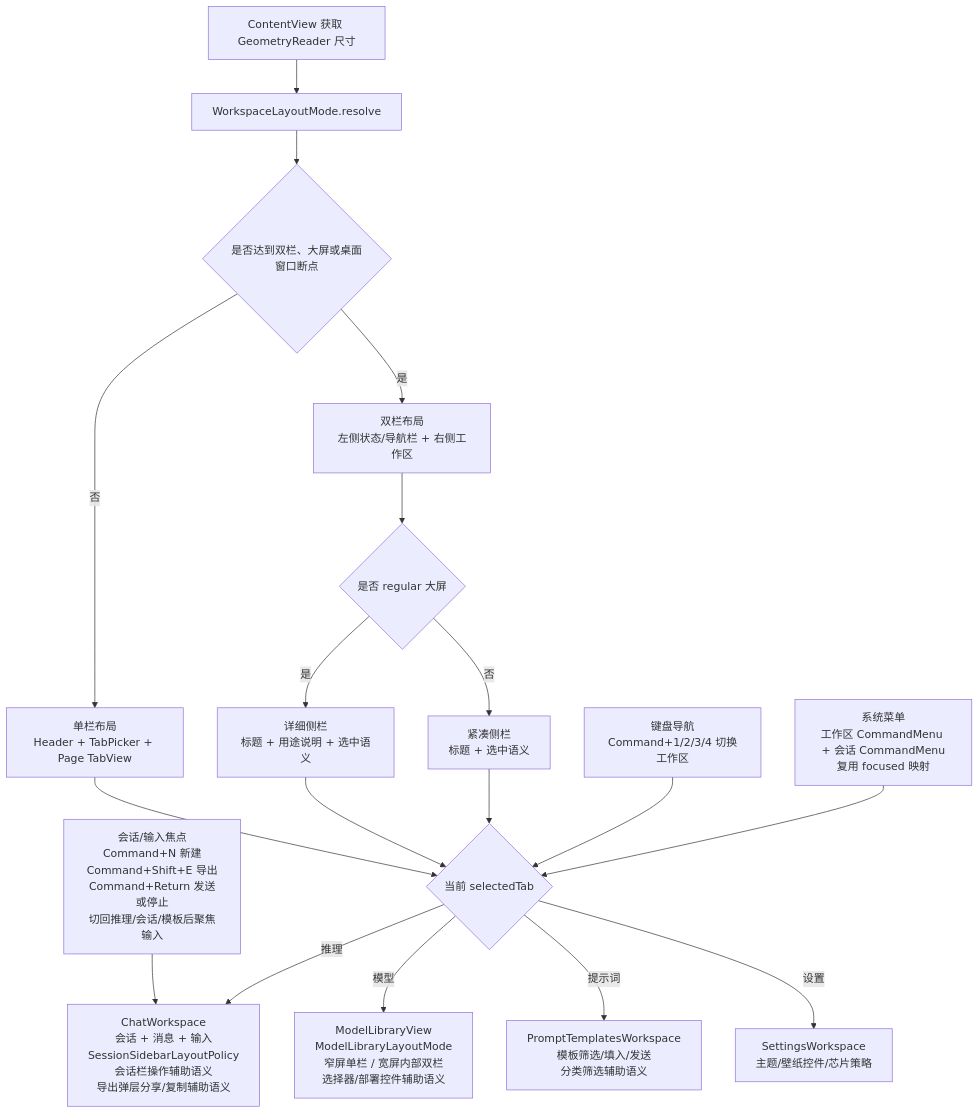
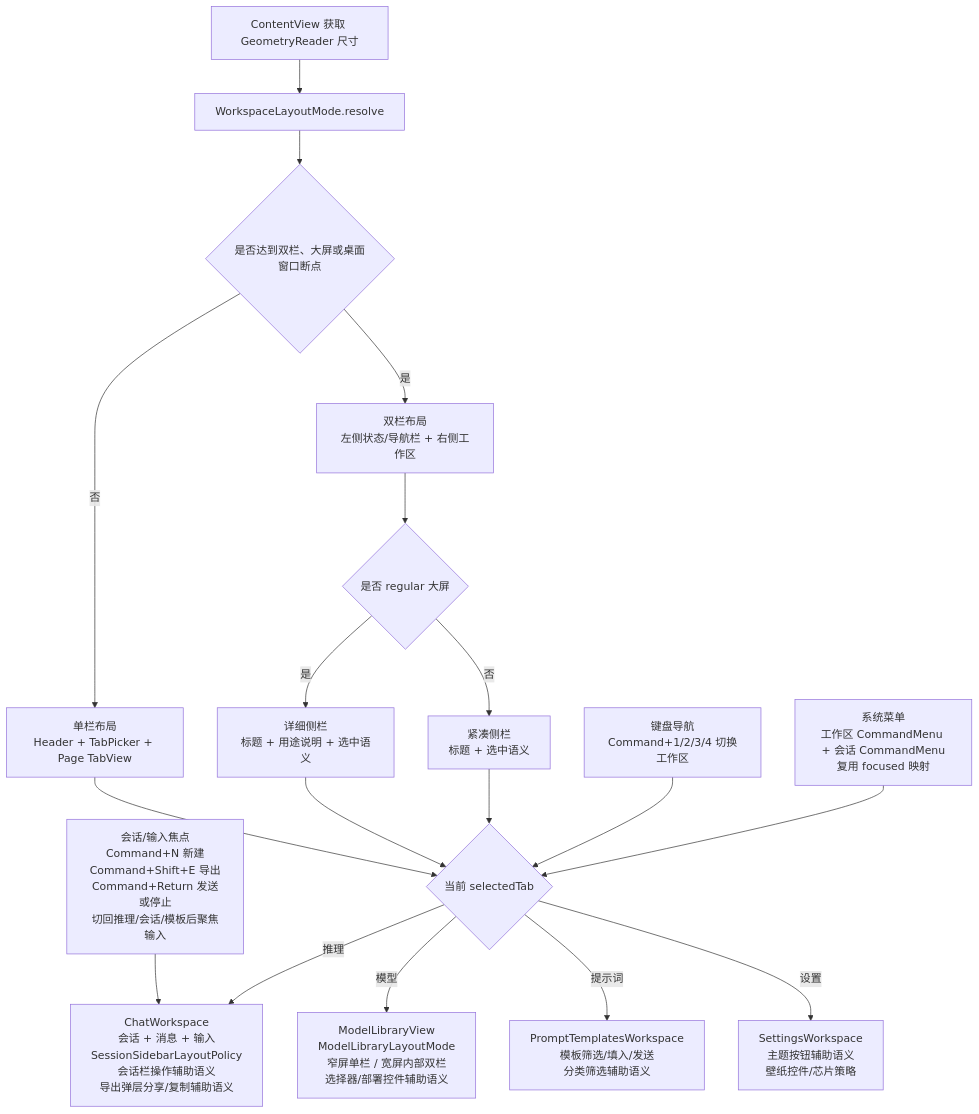
One commit to Altman-sam114/113 changed the fourth of 9 diagrams in md/flow/flowchart.md. Above: the diagram before and after it, drawn with Mermaid. The commit also changed other lines of this file and 8 other files, not shown here.

````diff
--- a/md/flow/flowchart.md
+++ b/md/flow/flowchart.md
@@ -68,20 +68,20 @@
 ```mermaid
 flowchart TD
     A[ContentView 获取 GeometryReader 尺寸] --> B[WorkspaceLayoutMode.resolve]
     B --> C{是否达到双栏、大屏或桌面窗口断点}
     C -- 否 --> D[单栏布局<br/>Header + TabPicker + Page TabView]
     C -- 是 --> E[双栏布局<br/>左侧状态/导航栏 + 右侧工作区]
     E --> N{是否 regular 大屏}
     N -- 是 --> O[详细侧栏<br/>标题 + 用途说明 + 选中语义]
     N -- 否 --> P[紧凑侧栏<br/>标题 + 选中语义]
     D --> F{当前 selectedTab}
     O --> F
     P --> F
     K[键盘导航<br/>Command+1/2/3/4 切换工作区] --> F
     M[系统菜单<br/>工作区 CommandMenu + 会话 CommandMenu<br/>复用 focused 映射] --> F
     L[会话/输入焦点<br/>Command+N 新建<br/>Command+Shift+E 导出<br/>Command+Return 发送或停止<br/>切回推理/会话/模板后聚焦输入] --> G
     F -- 推理 --> G[ChatWorkspace<br/>会话 + 消息 + 输入<br/>SessionSidebarLayoutPolicy<br/>会话栏操作辅助语义<br/>导出弹层分享/复制辅助语义]
     F -- 模型 --> H[ModelLibraryView<br/>ModelLibraryLayoutMode<br/>窄屏单栏 / 宽屏内部双栏<br/>选择器/部署控件辅助语义]
     F -- 提示词 --> I[PromptTemplatesWorkspace<br/>模板筛选/填入/发送<br/>分类筛选辅助语义]
-    F -- 设置 --> J[SettingsWorkspace<br/>主题/壁纸控件/芯片策略]
+    F -- 设置 --> J[SettingsWorkspace<br/>主题按钮辅助语义<br/>壁纸控件/芯片策略]
 ```
````
